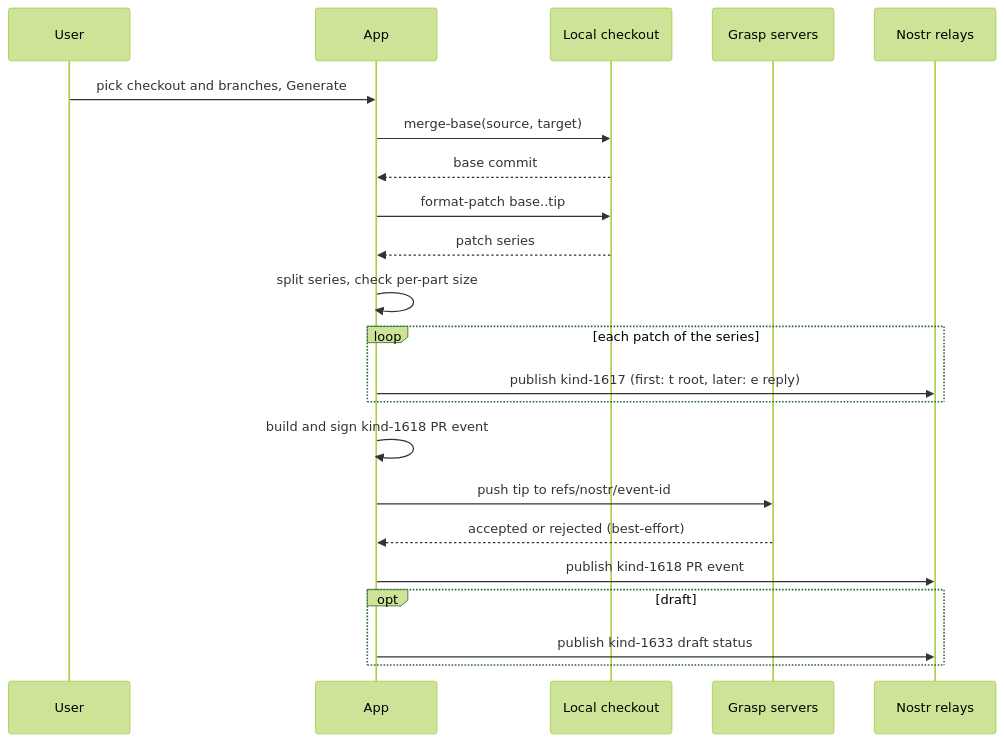
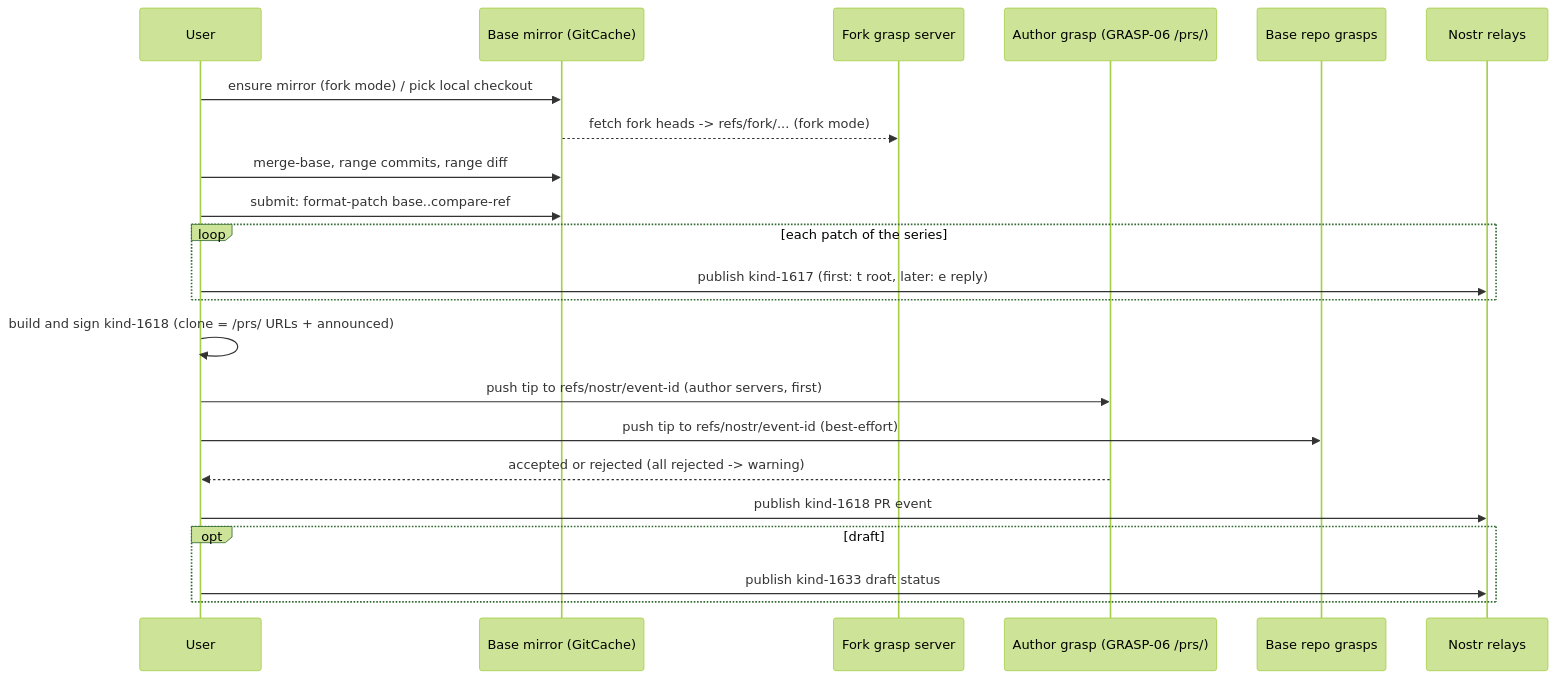
Before and after one commit to reyakov/signed: the second of 4 diagrams in docs/PR_FLOW.md, drawn with Mermaid (forest theme). The commit also changed other lines of this file and 84 other files, not shown here.

Commit message:
feat: push checkout (#14)

````diff
--- a/docs/PR_FLOW.md
+++ b/docs/PR_FLOW.md
@@ -68,25 +88,25 @@
 ```mermaid
 sequenceDiagram
     participant User
-    participant App
-    participant Checkout as Local checkout
-    participant Grasp as Grasp servers
-    participant Relays as Nostr relays
+    participant P as Base mirror (GitCache)
+    participant F as Fork grasp server
+    participant A as Author grasp (GRASP-06 /prs/)
+    participant B as Base repo grasps
+    participant R as Nostr relays
 
-    User->>App: pick checkout and branches, Generate
-    App->>Checkout: merge-base(source, target)
-    Checkout-->>App: base commit
-    App->>Checkout: format-patch base..tip
-    Checkout-->>App: patch series
-    App->>App: split series, check per-part size
+    User->>P: ensure mirror (fork mode) / pick local checkout
+    P-->>F: fetch fork heads -> refs/fork/... (fork mode)
+    User->>P: merge-base, range commits, range diff
+    User->>P: submit: format-patch base..compare-ref
     loop each patch of the series
-        App->>Relays: publish kind-1617 (first: t root, later: e reply)
+        User->>R: publish kind-1617 (first: t root, later: e reply)
     end
-    App->>App: build and sign kind-1618 PR event
-    App->>Grasp: push tip to refs/nostr/event-id
-    Grasp-->>App: accepted or rejected (best-effort)
-    App->>Relays: publish kind-1618 PR event
+    User->>User: build and sign kind-1618 (clone = /prs/ URLs + announced)
+    User->>A: push tip to refs/nostr/event-id (author servers, first)
+    User->>B: push tip to refs/nostr/event-id (best-effort)
+    A-->>User: accepted or rejected (all rejected -> warning)
+    User->>R: publish kind-1618 PR event
     opt draft
-        App->>Relays: publish kind-1633 draft status
+        User->>R: publish kind-1633 draft status
     end
 ```
````
